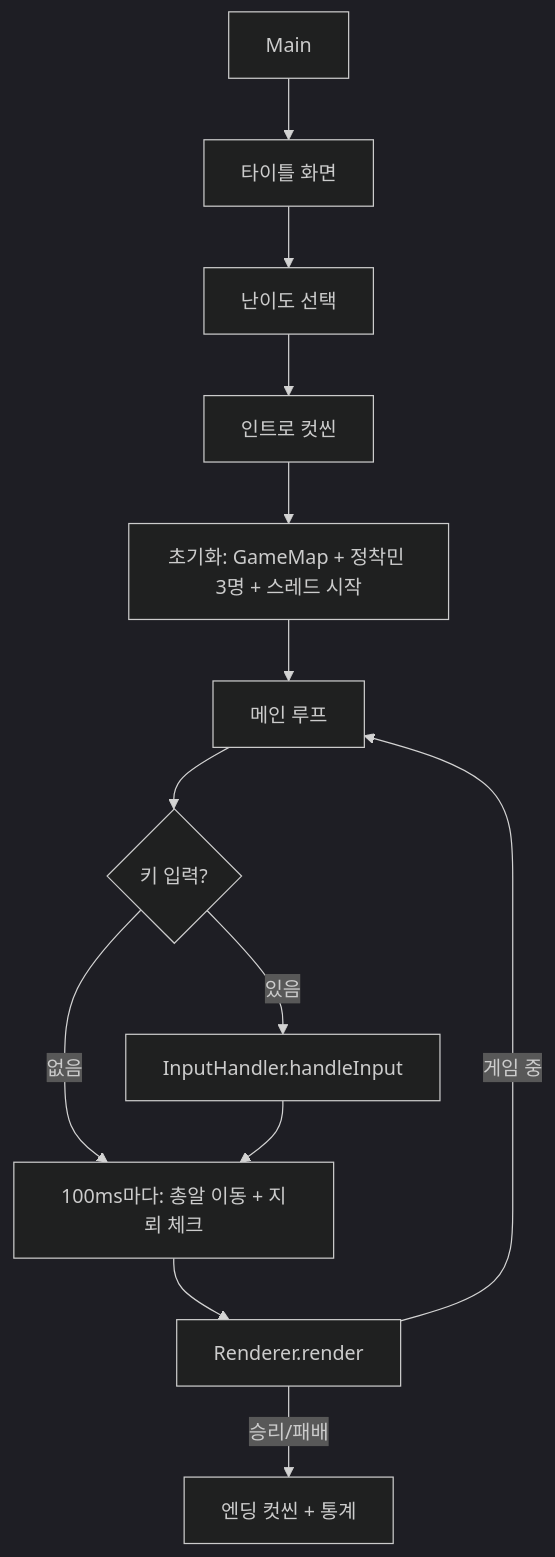
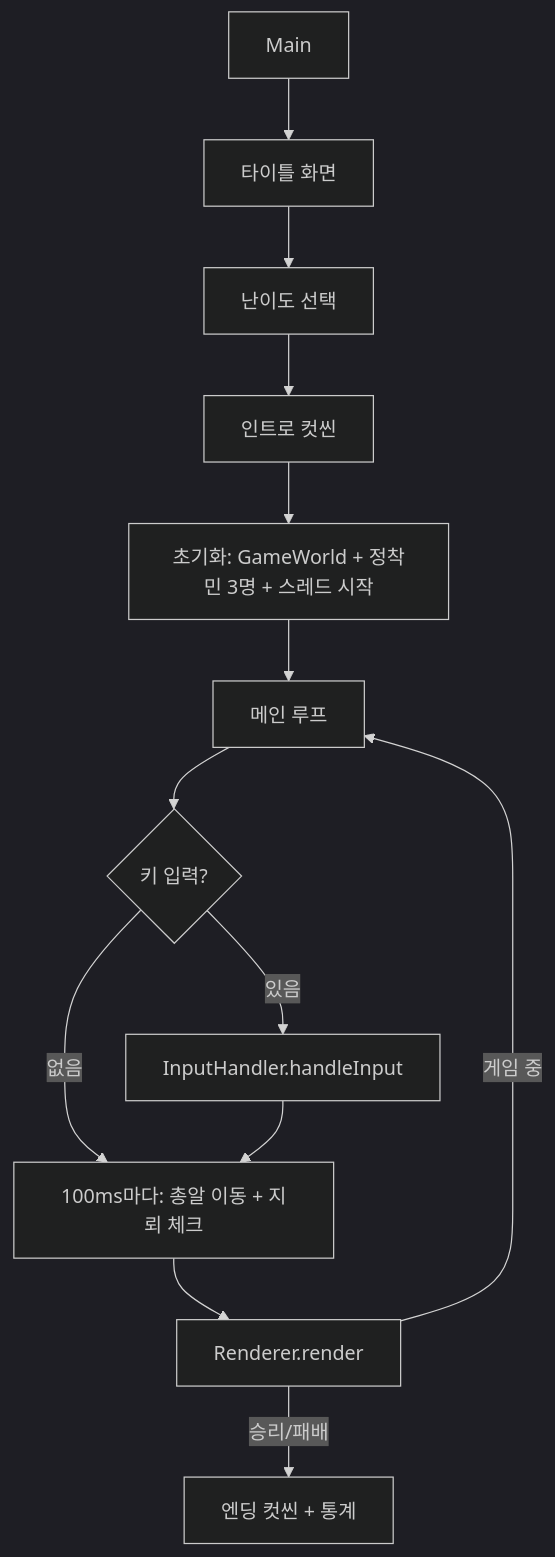
Before and after one commit to weweweme/teamnova_basic_class: the second of 4 diagrams in week6/CLAUDE.md, drawn with Mermaid (dark theme). The commit also changed other lines of this file and 20 other files, not shown here.

Commit message:
refactor: GameMap → GameWorld 이름 변경, ScreenEffects 클래스 추출

````diff
--- a/week6/CLAUDE.md
+++ b/week6/CLAUDE.md
@@ -152,16 +154,16 @@
 ```mermaid
 graph TD
     START[Main] --> TITLE[타이틀 화면]
     TITLE --> DIFF[난이도 선택]
     DIFF --> INTRO[인트로 컷씬]
-    INTRO --> INIT[초기화: GameMap + 정착민 3명 + 스레드 시작]
+    INTRO --> INIT[초기화: GameWorld + 정착민 3명 + 스레드 시작]
     INIT --> LOOP[메인 루프]
 
     LOOP --> INPUT{키 입력?}
     INPUT -->|있음| HANDLE[InputHandler.handleInput]
     INPUT -->|없음| PHYSICS
     HANDLE --> PHYSICS[100ms마다: 총알 이동 + 지뢰 체크]
     PHYSICS --> RENDER[Renderer.render]
     RENDER -->|게임 중| LOOP
     RENDER -->|승리/패배| ENDSCENE[엔딩 컷씬 + 통계]
 ```
````
